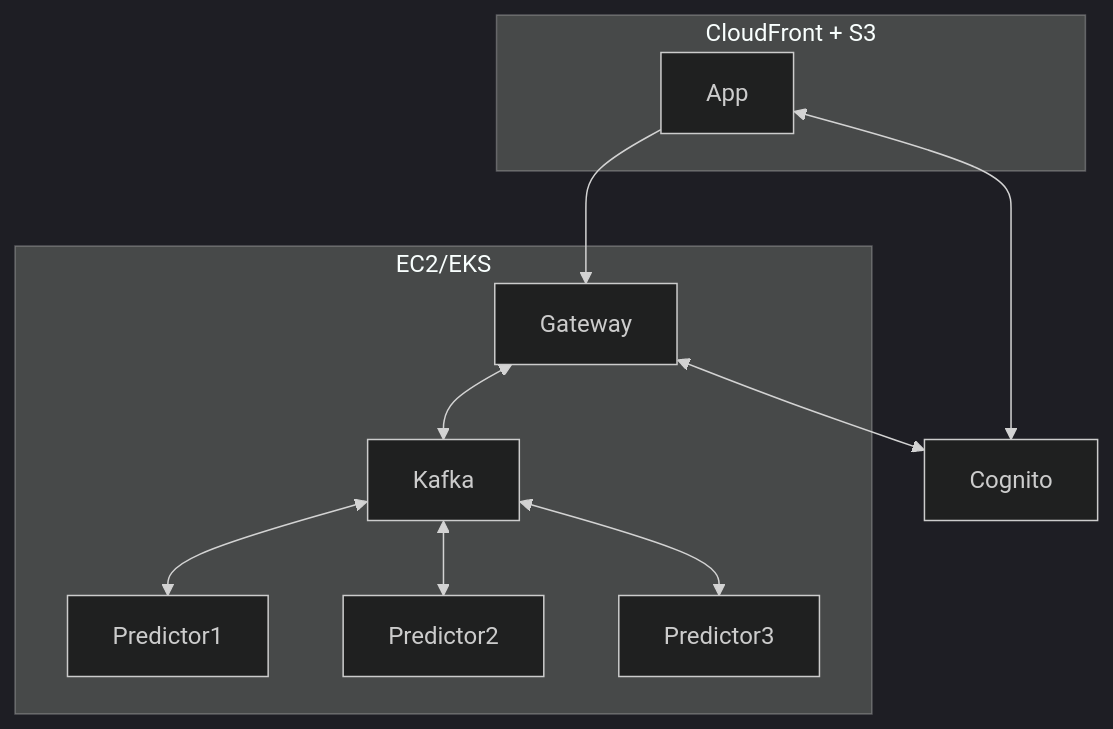
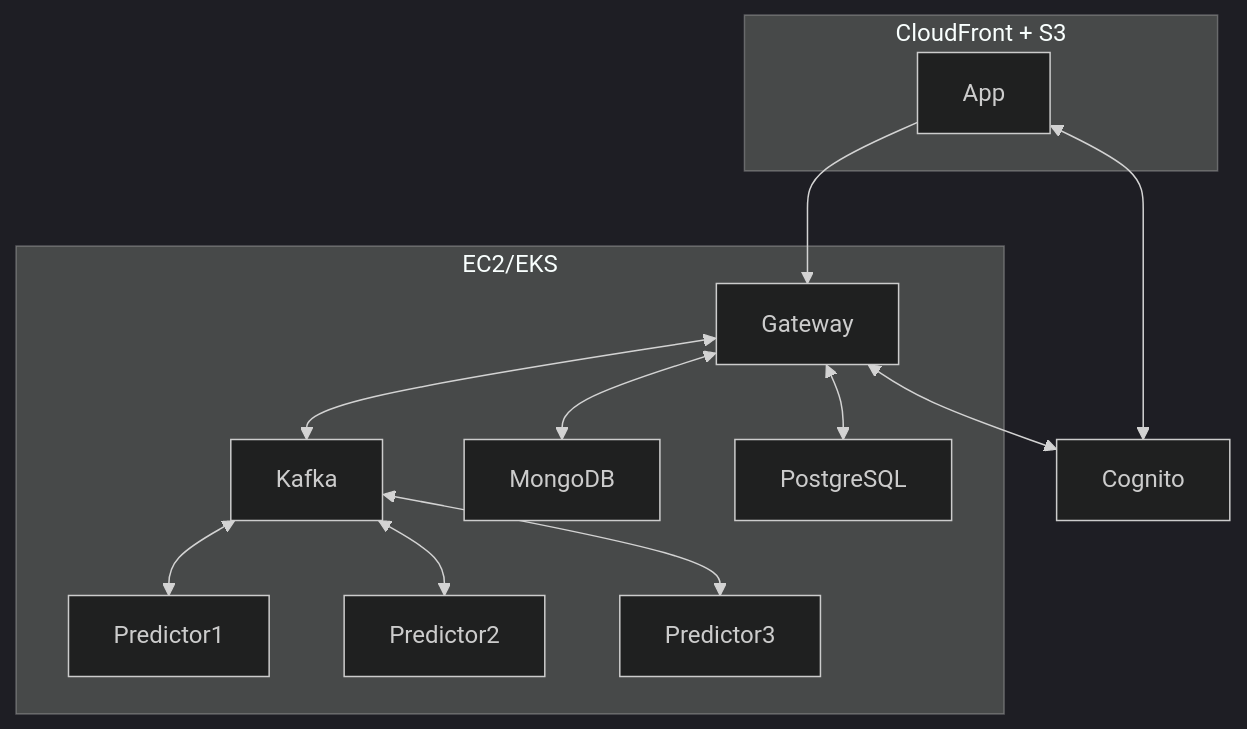
Before and after one commit to sylwekczmil/ml-sc: the diagram in README.md, drawn with Mermaid (dark theme). The commit also changed other lines of this file, not shown here.

````diff
--- a/README.md
+++ b/README.md
@@ -16,15 +17,17 @@
 ```mermaid
 flowchart TD;
   subgraph CloudFront + S3;
   App;
   end;
   App --> Gateway;
   App <--> Cognito;
   Gateway <--> Cognito;
   subgraph EC2/EKS;
   Gateway <--> Kafka;
+  Gateway <--> MongoDB;
+  Gateway <--> PostgreSQL;
   Kafka <--> Predictor1;
   Kafka <--> Predictor2;
   Kafka <--> Predictor3;
   end
 ```
````
